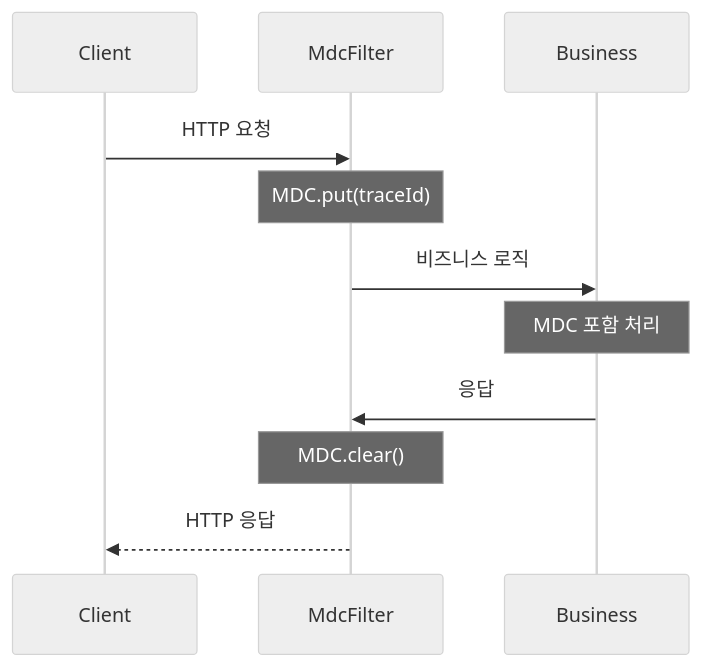
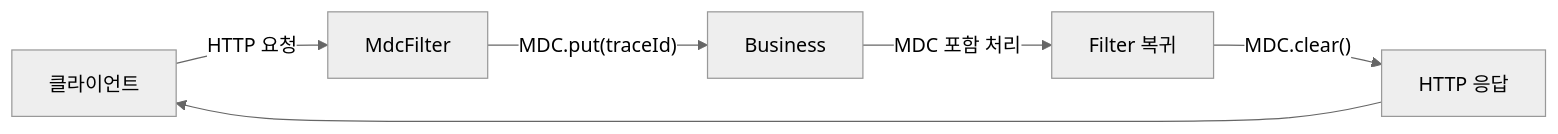
The third of 3 diagrams in _posts/spring/2026-05-01-spring-mdc.md (yjkim2015/yjkim2015.github.io), drawn with Mermaid (neutral theme) before and after one commit. The commit also changed other lines of this file and 84 other files, not shown here.

First line of the commit message:
85개 포스트 Mermaid 다이어그램 규칙 일괄 수정

````diff
--- a/_posts/spring/2026-05-01-spring-mdc.md
+++ b/_posts/spring/2026-05-01-spring-mdc.md
@@ -488,13 +486,8 @@
 ```mermaid
-sequenceDiagram
-    participant C as Client
-    participant F as MdcFilter
-    participant B as Business
-    C->>F: HTTP 요청
-    Note over F: MDC.put(traceId)
-    F->>B: 비즈니스 로직
-    Note over B: MDC 포함 처리
-    B->>F: 응답
-    Note over F: MDC.clear()
-    F-->>C: HTTP 응답
+graph LR
+    C["클라이언트"] -->|"HTTP 요청"| F["MdcFilter"]
+    F -->|"MDC.put(traceId)"| B["Business"]
+    B -->|"MDC 포함 처리"| F2["Filter 복귀"]
+    F2 -->|"MDC.clear()"| RESP["HTTP 응답"]
+    RESP --> C
 ```
````
